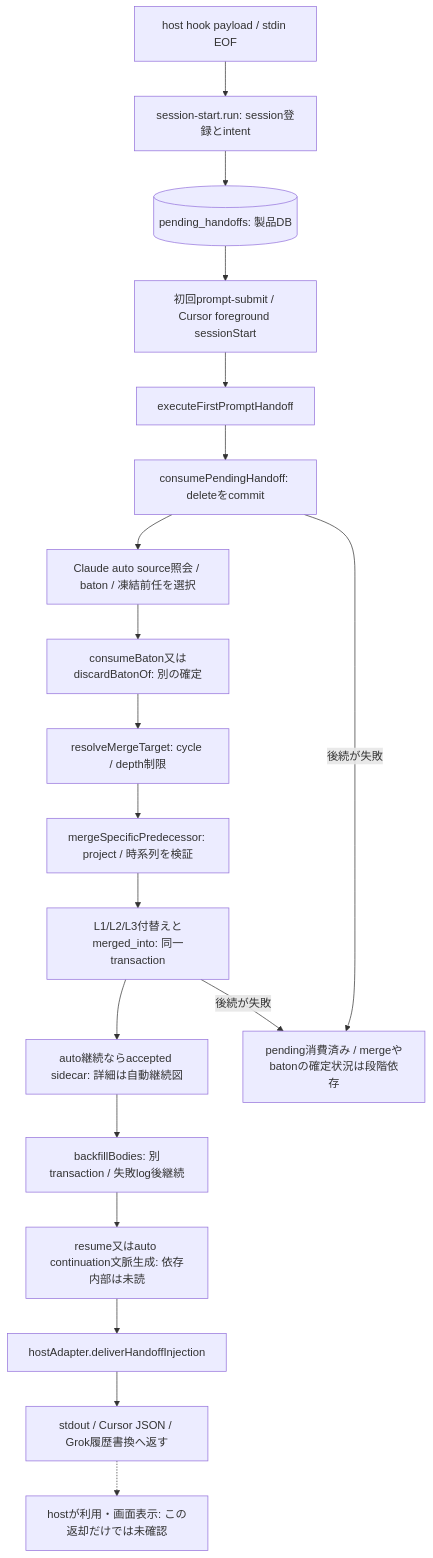
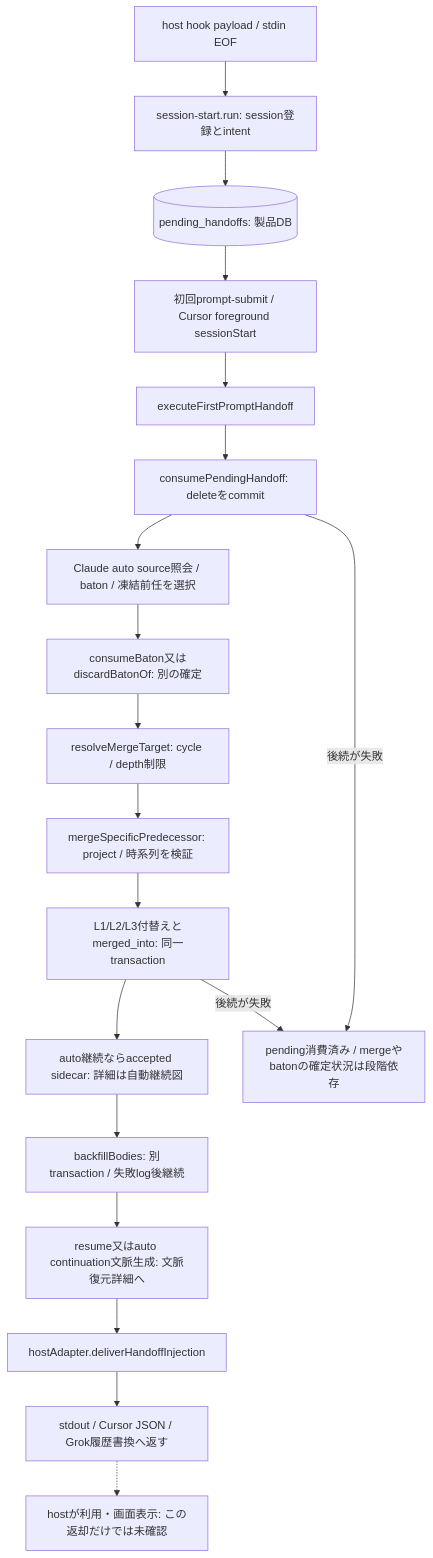
One commit to kitepon/Throughline changed the second of 4 diagrams in docs/architecture/current-entrypoints.md. Above: the diagram before and after it, drawn with Mermaid. The commit also changed other lines of this file and 6 other files, not shown here.

````diff
--- a/docs/architecture/current-entrypoints.md
+++ b/docs/architecture/current-entrypoints.md
@@ -39,21 +39,21 @@
 ```mermaid
 flowchart TD
   Host[host hook payload / stdin EOF] --> Start[session-start.run: session登録とintent]
   Start --> Pending[(pending_handoffs: 製品DB)]
   Pending --> Caller[初回prompt-submit / Cursor foreground sessionStart]
   Caller --> Take[executeFirstPromptHandoff]
   Take --> Consume[consumePendingHandoff: deleteをcommit]
   Consume --> Source[Claude auto source照会 / baton / 凍結前任を選択]
   Source --> Baton[consumeBaton又はdiscardBatonOf: 別の確定]
   Baton --> Resolve[resolveMergeTarget: cycle / depth制限]
   Resolve --> Merge[mergeSpecificPredecessor: project / 時系列を検証]
   Merge --> Rows[L1/L2/L3付替えとmerged_into: 同一transaction]
   Rows --> Accept[auto継続ならaccepted sidecar: 詳細は自動継続図]
   Accept --> Fill[backfillBodies: 別transaction / 失敗log後継続]
-  Fill --> Context[resume又はauto continuation文脈生成: 依存内部は未読]
+  Fill --> Context[resume又はauto continuation文脈生成: 文脈復元詳細へ]
   Context --> Deliver[hostAdapter.deliverHandoffInjection]
   Deliver --> Visible[stdout / Cursor JSON / Grok履歴書換へ返す]
   Visible -.-> UI[hostが利用・画面表示: この返却だけでは未確認]
   Consume -->|後続が失敗| Partial[pending消費済み / mergeやbatonの確定状況は段階依存]
   Rows -->|後続が失敗| Partial
 ```
````
